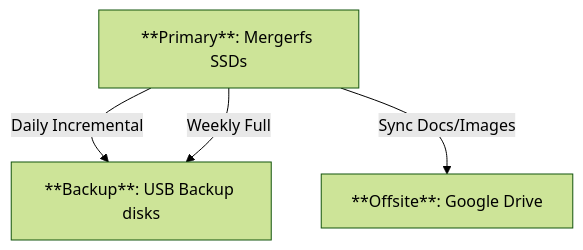
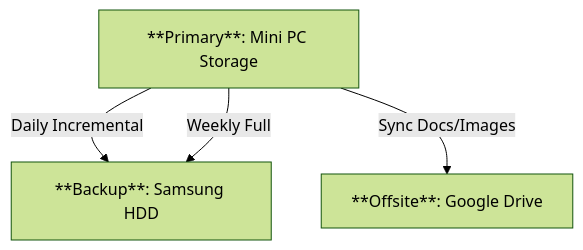
The second of 3 diagrams in homelab/docs/Storage.md (ubunatic/dotfiles), drawn with Mermaid (forest theme) before and after one commit. The commit also changed other lines of this file and 1 other file, not shown here.

Commit message:
update storage doc

````diff
--- a/homelab/docs/Storage.md
+++ b/homelab/docs/Storage.md
@@ -153,9 +123,9 @@
 ```mermaid
 graph TD
-    A[**Primary**: Mergerfs SSDs]
-    B[**Backup**: USB Backup disks]
-    Google[**Offsite**: Google Drive]
-    A -->|Daily Incremental| B
-    A -->|Weekly Full| B
-    A -->|Sync Docs/Images| Google
+    P[**Primary**: Mini PC Storage]
+    B[**Backup**: Samsung HDD]
+    G[**Offsite**: Google Drive]
+    P -->|Daily Incremental| B
+    P -->|Weekly Full| B
+    P -->|Sync Docs/Images| G
 ```
````
